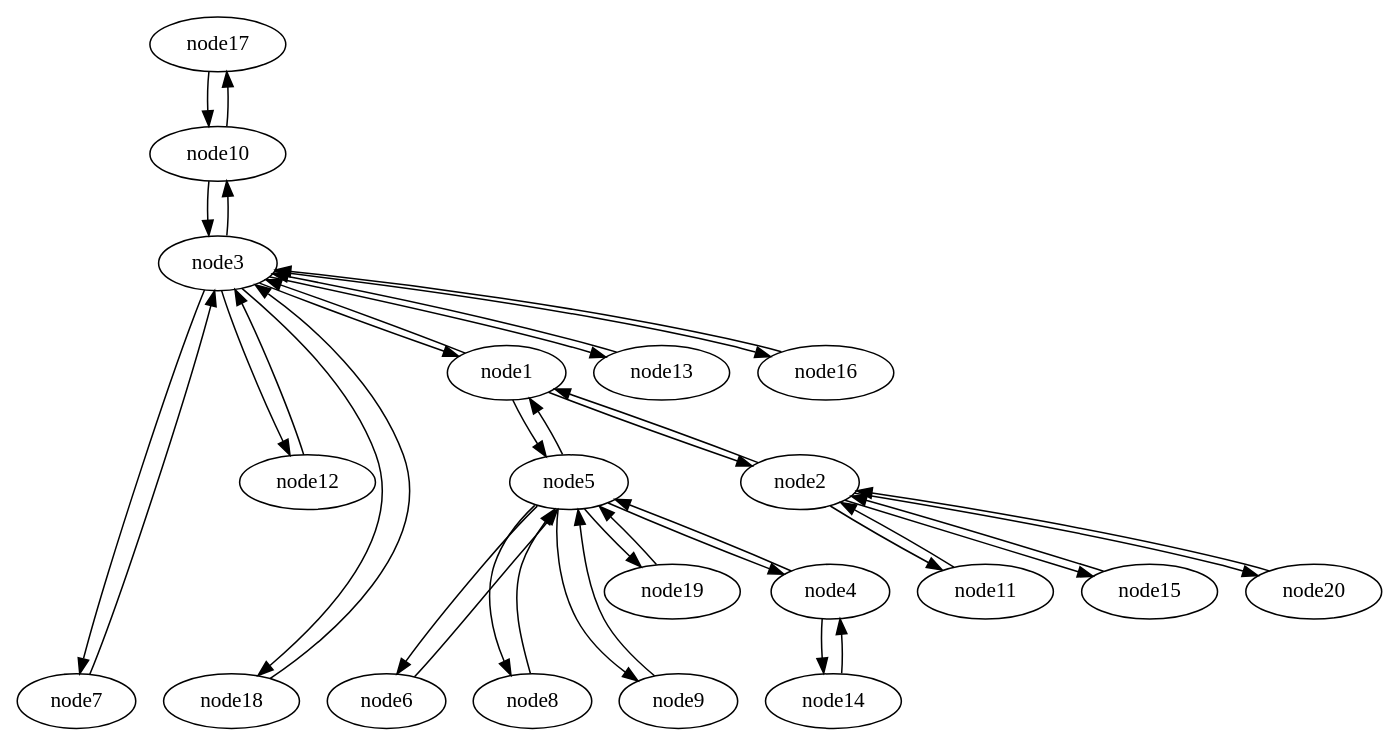
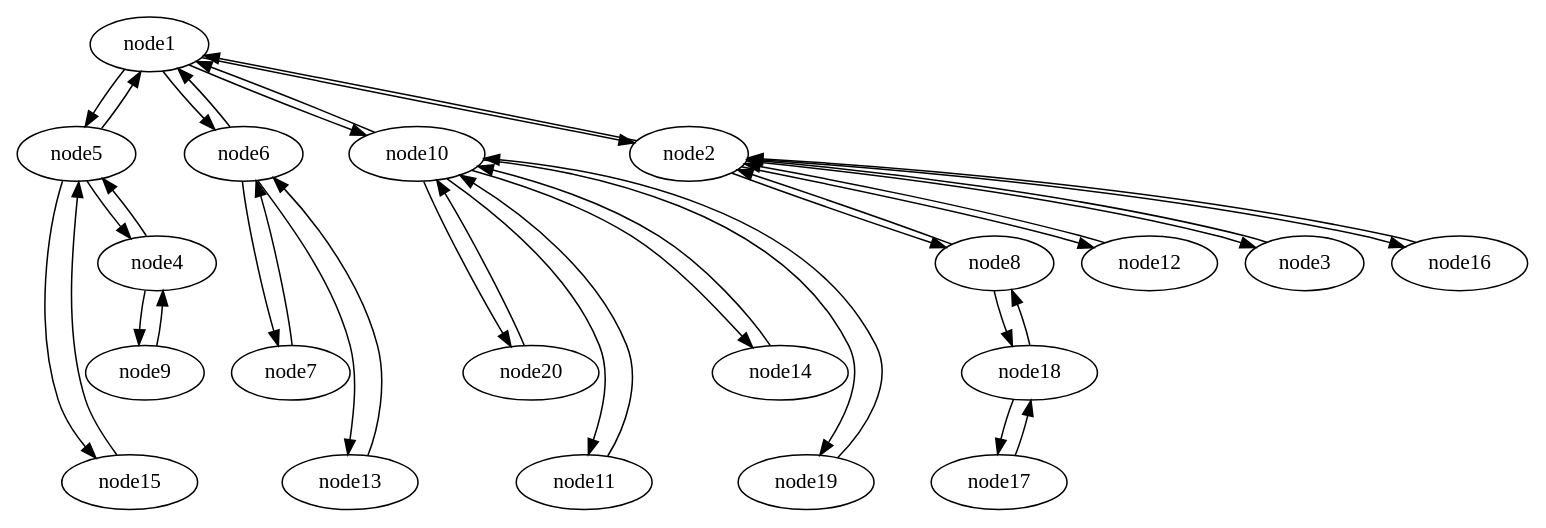
The diagram in graphs/tree_t1_before.gv (c12s/plumtree), drawn with Graphviz before and after one commit. The commit also changed 12 other files, not shown here.

```diff
--- a/graphs/tree_t1_before.gv
+++ b/graphs/tree_t1_before.gv
@@ -1,120 +1,120 @@
 strict digraph {
 
 
-	"node17" [  weight=0 ];
-
-	"node17" -> "node10" [  weight=0 ];
-
-	"node7" [  weight=0 ];
-
-	"node7" -> "node3" [  weight=0 ];
-
-	"node12" [  weight=0 ];
-
-	"node12" -> "node3" [  weight=0 ];
-
-	"node3" [  weight=0 ];
-
-	"node3" -> "node18" [  weight=0 ];
-
-	"node3" -> "node1" [  weight=0 ];
-
-	"node3" -> "node7" [  weight=0 ];
-
-	"node3" -> "node10" [  weight=0 ];
-
-	"node3" -> "node12" [  weight=0 ];
-
-	"node3" -> "node13" [  weight=0 ];
-
-	"node3" -> "node16" [  weight=0 ];
-
-	"node5" [  weight=0 ];
-
-	"node5" -> "node1" [  weight=0 ];
-
-	"node5" -> "node6" [  weight=0 ];
-
-	"node5" -> "node8" [  weight=0 ];
-
-	"node5" -> "node9" [  weight=0 ];
-
-	"node5" -> "node19" [  weight=0 ];
-
-	"node5" -> "node4" [  weight=0 ];
-
-	"node6" [  weight=0 ];
-
-	"node6" -> "node5" [  weight=0 ];
-
-	"node10" [  weight=0 ];
-
-	"node10" -> "node3" [  weight=0 ];
-
-	"node10" -> "node17" [  weight=0 ];
-
-	"node4" [  weight=0 ];
-
-	"node4" -> "node5" [  weight=0 ];
-
-	"node4" -> "node14" [  weight=0 ];
-
-	"node18" [  weight=0 ];
-
-	"node18" -> "node3" [  weight=0 ];
-
-	"node9" [  weight=0 ];
-
-	"node9" -> "node5" [  weight=0 ];
-
-	"node11" [  weight=0 ];
-
-	"node11" -> "node2" [  weight=0 ];
-
-	"node13" [  weight=0 ];
-
-	"node13" -> "node3" [  weight=0 ];
-
-	"node2" [  weight=0 ];
-
-	"node2" -> "node11" [  weight=0 ];
-
-	"node2" -> "node15" [  weight=0 ];
-
-	"node2" -> "node20" [  weight=0 ];
-
-	"node2" -> "node1" [  weight=0 ];
-
-	"node15" [  weight=0 ];
-
-	"node15" -> "node2" [  weight=0 ];
-
-	"node8" [  weight=0 ];
-
-	"node8" -> "node5" [  weight=0 ];
-
-	"node19" [  weight=0 ];
-
-	"node19" -> "node5" [  weight=0 ];
-
-	"node14" [  weight=0 ];
-
-	"node14" -> "node4" [  weight=0 ];
-
-	"node16" [  weight=0 ];
-
-	"node16" -> "node3" [  weight=0 ];
-
 	"node1" [  weight=0 ];
 
-	"node1" -> "node3" [  weight=0 ];
+	"node1" -> "node5" [  weight=0 ];
 
-	"node1" -> "node5" [  weight=0 ];
+	"node1" -> "node6" [  weight=0 ];
+
+	"node1" -> "node10" [  weight=0 ];
 
 	"node1" -> "node2" [  weight=0 ];
 
 	"node20" [  weight=0 ];
 
-	"node20" -> "node2" [  weight=0 ];
+	"node20" -> "node10" [  weight=0 ];
+
+	"node7" [  weight=0 ];
+
+	"node7" -> "node6" [  weight=0 ];
+
+	"node5" [  weight=0 ];
+
+	"node5" -> "node15" [  weight=0 ];
+
+	"node5" -> "node4" [  weight=0 ];
+
+	"node5" -> "node1" [  weight=0 ];
+
+	"node8" [  weight=0 ];
+
+	"node8" -> "node2" [  weight=0 ];
+
+	"node8" -> "node18" [  weight=0 ];
+
+	"node18" [  weight=0 ];
+
+	"node18" -> "node17" [  weight=0 ];
+
+	"node18" -> "node8" [  weight=0 ];
+
+	"node10" [  weight=0 ];
+
+	"node10" -> "node20" [  weight=0 ];
+
+	"node10" -> "node1" [  weight=0 ];
+
+	"node10" -> "node11" [  weight=0 ];
+
+	"node10" -> "node14" [  weight=0 ];
+
+	"node10" -> "node19" [  weight=0 ];
+
+	"node17" [  weight=0 ];
+
+	"node17" -> "node18" [  weight=0 ];
+
+	"node14" [  weight=0 ];
+
+	"node14" -> "node10" [  weight=0 ];
+
+	"node15" [  weight=0 ];
+
+	"node15" -> "node5" [  weight=0 ];
+
+	"node19" [  weight=0 ];
+
+	"node19" -> "node10" [  weight=0 ];
+
+	"node9" [  weight=0 ];
+
+	"node9" -> "node4" [  weight=0 ];
+
+	"node6" [  weight=0 ];
+
+	"node6" -> "node1" [  weight=0 ];
+
+	"node6" -> "node13" [  weight=0 ];
+
+	"node6" -> "node7" [  weight=0 ];
+
+	"node12" [  weight=0 ];
+
+	"node12" -> "node2" [  weight=0 ];
+
+	"node13" [  weight=0 ];
+
+	"node13" -> "node6" [  weight=0 ];
+
+	"node11" [  weight=0 ];
+
+	"node11" -> "node10" [  weight=0 ];
+
+	"node3" [  weight=0 ];
+
+	"node3" -> "node2" [  weight=0 ];
+
+	"node4" [  weight=0 ];
+
+	"node4" -> "node9" [  weight=0 ];
+
+	"node4" -> "node5" [  weight=0 ];
+
+	"node2" [  weight=0 ];
+
+	"node2" -> "node3" [  weight=0 ];
+
+	"node2" -> "node8" [  weight=0 ];
+
+	"node2" -> "node12" [  weight=0 ];
+
+	"node2" -> "node16" [  weight=0 ];
+
+	"node2" -> "node1" [  weight=0 ];
+
+	"node16" [  weight=0 ];
+
+	"node16" -> "node2" [  weight=0 ];
 
 }
```
